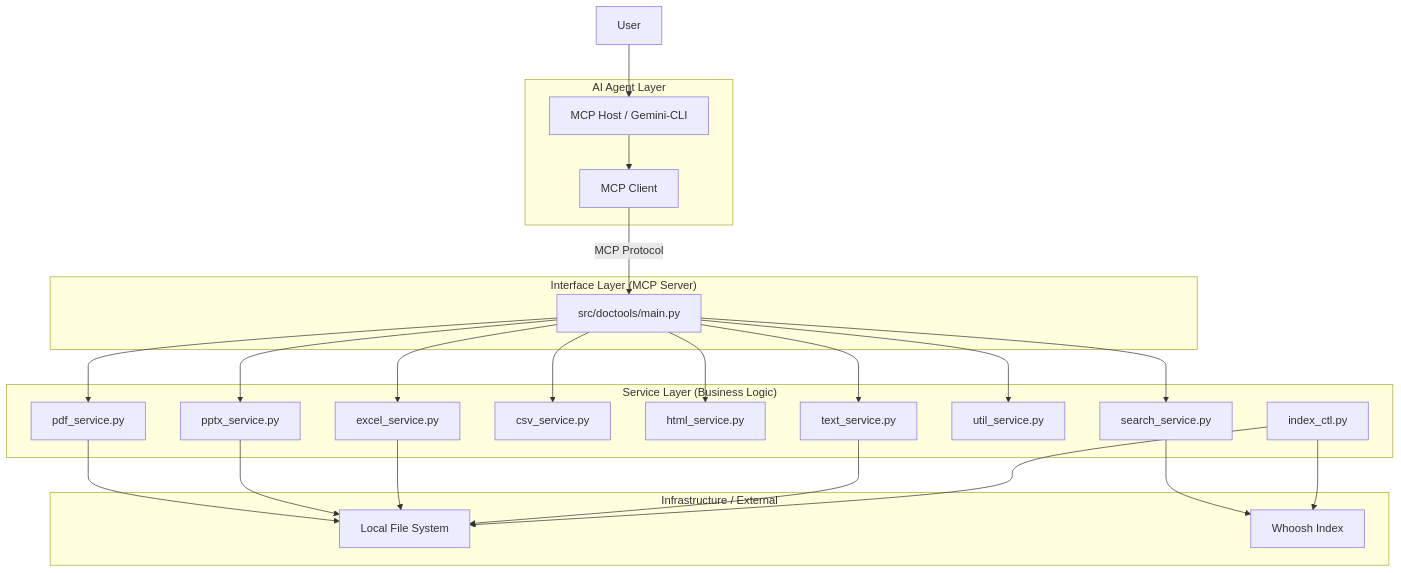
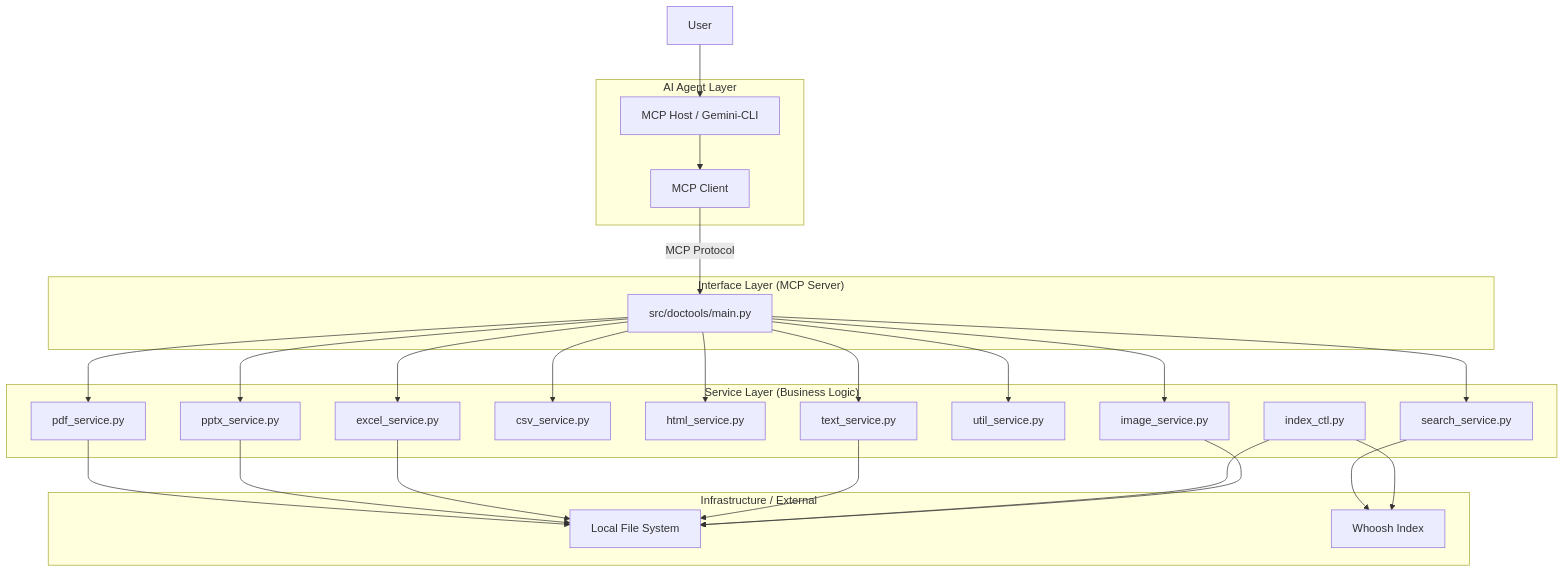
Before and after one commit to snaga/doctools-mcp: the first of 2 diagrams in SPECS/design.md, drawn with Mermaid. The commit also changed other lines of this file and 7 other files, not shown here.

````diff
--- a/SPECS/design.md
+++ b/SPECS/design.md
@@ -338,49 +366,52 @@
 ```mermaid
 graph TD
     User[User] --> MCPHost
     subgraph "AI Agent Layer"
         MCPHost[MCP Host / Gemini-CLI]
         InterfaceLayer[MCP Client]
     end
     subgraph "Interface Layer (MCP Server)"
         DocMCP[src/doctools/main.py]
     end
     
     subgraph "Service Layer (Business Logic)"
         PdfSvc[pdf_service.py]
         PptxSvc[pptx_service.py]
         ExcelSvc[excel_service.py]
         CsvSvc[csv_service.py]
         HtmlSvc[html_service.py]
         TextSvc[text_service.py]
         UtilSvc[util_service.py]
         SearchSvc[search_service.py]
         IndexCtl[index_ctl.py]
+        ImageSvc[image_service.py]
     end
 
     subgraph "Infrastructure / External"
         FileSystem[Local File System]
         WhooshIdx[Whoosh Index]
     end
 
     MCPHost --> InterfaceLayer
 
     InterfaceLayer -->|MCP Protocol| DocMCP
 
     DocMCP --> PdfSvc
     DocMCP --> PptxSvc
     DocMCP --> ExcelSvc
     DocMCP --> CsvSvc
     DocMCP --> HtmlSvc
     DocMCP --> TextSvc
     DocMCP --> UtilSvc
     DocMCP --> SearchSvc
+    DocMCP --> ImageSvc
 
     PdfSvc --> FileSystem
     PptxSvc --> FileSystem
     ExcelSvc --> FileSystem
     TextSvc --> FileSystem
     SearchSvc --> WhooshIdx
     IndexCtl --> WhooshIdx
     IndexCtl --> FileSystem
+    ImageSvc --> FileSystem
 ```
````
